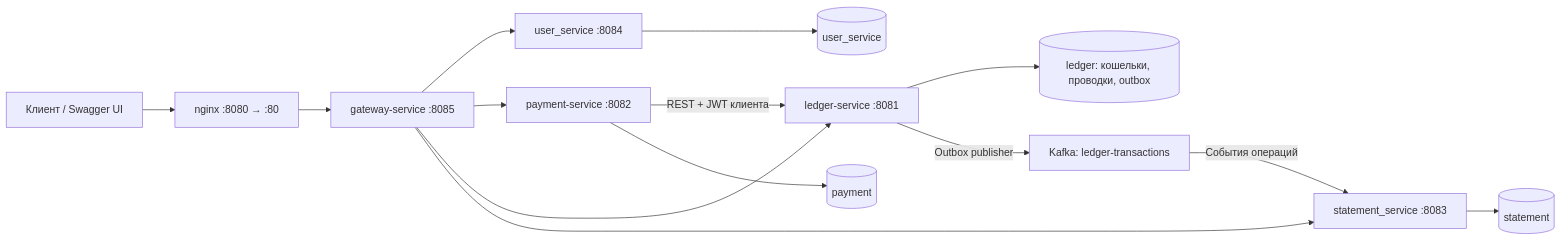
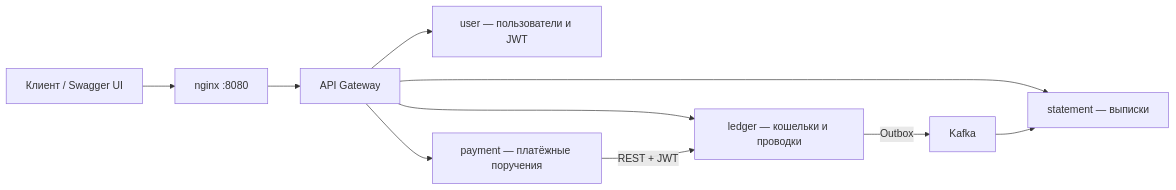
One commit to mkuzhvv/mini-wallet changed the diagram in README.md. Above: the diagram before and after it, drawn with Mermaid. The commit also changed other lines of this file and 6 other files, not shown here.

````diff
--- a/README.md
+++ b/README.md
@@ -58,16 +16,12 @@
 ```mermaid
 flowchart LR
-    Client[Клиент / Swagger UI] --> Nginx["nginx :8080 → :80"]
-    Nginx --> Gateway["gateway-service :8085"]
-    Gateway --> User["user_service :8084"]
-    Gateway --> Payment["payment-service :8082"]
-    Gateway --> Ledger["ledger-service :8081"]
-    Gateway --> Statement["statement_service :8083"]
-    Payment -->|REST + JWT клиента| Ledger
-    User --> UserDB[(user_service)]
-    Payment --> PaymentDB[(payment)]
-    Ledger --> LedgerDB[(ledger: кошельки, проводки, outbox)]
-    Ledger -->|Outbox publisher| Kafka["Kafka: ledger-transactions"]
-    Kafka -->|События операций| Statement
-    Statement --> StatementDB[(statement)]
+    Client[Клиент / Swagger UI] --> Nginx["nginx :8080"]
+    Nginx --> Gateway[API Gateway]
+    Gateway --> User["user — пользователи и JWT"]
+    Gateway --> Payment["payment — платёжные поручения"]
+    Gateway --> Ledger["ledger — кошельки и проводки"]
+    Gateway --> Statement["statement — выписки"]
+    Payment -->|REST + JWT| Ledger
+    Ledger -->|Outbox| Kafka
+    Kafka --> Statement
 ```
````
